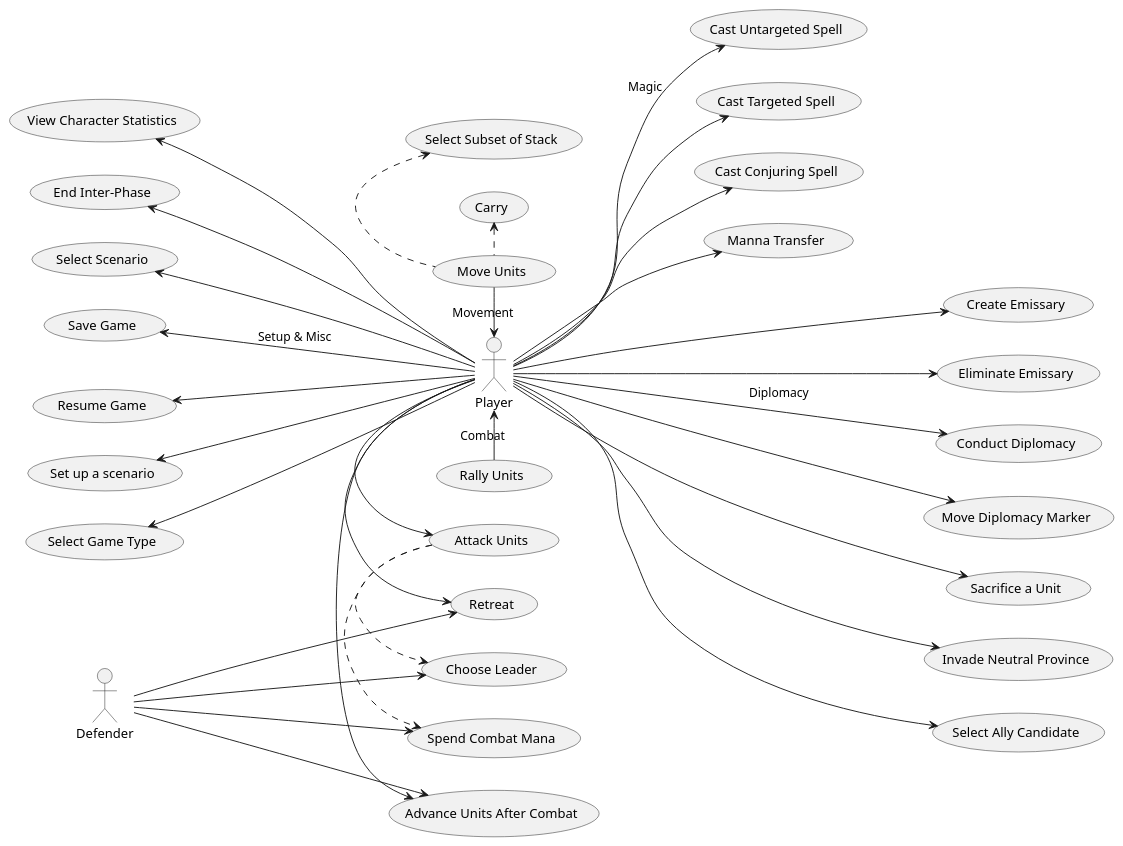
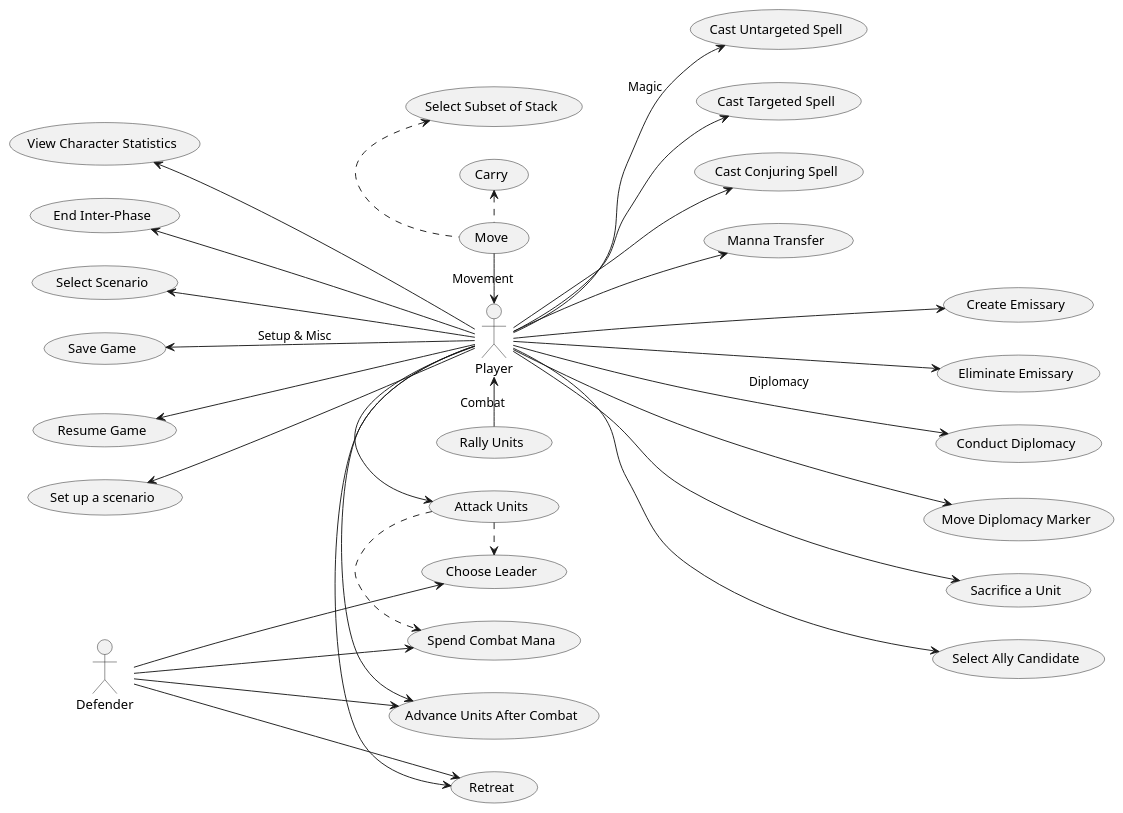
The diagram in drageUML.pu (clif7786/hw2_a), drawn with PlantUML before and after one commit.

Commit message:
Changed a diagram

```diff
--- a/drageUML.pu
+++ b/drageUML.pu
@@ -4,50 +4,48 @@
 @startuml
 
 left to right direction
 :Player: as Player
 :Defender: as Defender
 
 'Setup & Misc Use Cases
-Player -up--> (Select Game Type)
 Player -up--> (Set up a scenario)
 Player -up--> (Resume Game)
 Player -up--> (Save Game) : Setup & Misc
 Player -up--> (Select Scenario)
 Player -up--> (End Inter-Phase)
 Player -up--> (View Character Statistics)
 
 'Movement Use Cases
-Player <-left- (Move Units) : Movement
-(Move Units) .left.> (Carry)
-(Move Units) .left.> (Select Subset of Stack)
+Player <-left- (Move) : Movement
+(Move) .left.> (Carry)
+(Move) .left.> (Select Subset of Stack)
 
 'Combat Use Cases
 Player -right-> (Attack Units)
 Player -right-> (Advance Units After Combat)
 Player -right-> (Retreat)
 (Attack Units) .> (Choose Leader)
 (Attack Units) .> (Spend Combat Mana)
 Player <-right- (Rally Units) : Combat
 
 'Magic Use Cases
 Player -down-> (Cast Untargeted Spell) : Magic
 Player -down-> (Cast Targeted Spell)
 Player -down-> (Cast Conjuring Spell)
 Player -down-> (Manna Transfer)
 
 'Diplomacy Use Cases
 Player -down--> (Create Emissary)
 Player -down--> (Eliminate Emissary)
 Player -down--> (Conduct Diplomacy) : Diplomacy
 Player -down--> (Move Diplomacy Marker)
 Player -down--> (Sacrifice a Unit)
-Player -down--> (Invade Neutral Province)
 Player -down--> (Select Ally Candidate)
 
 'Uses Cases involving defending player in combat
 Defender ---> (Retreat)
 Defender ---> (Advance Units After Combat)
 Defender ---> (Choose Leader)
 Defender ---> (Spend Combat Mana)
 
 @enduml
```
